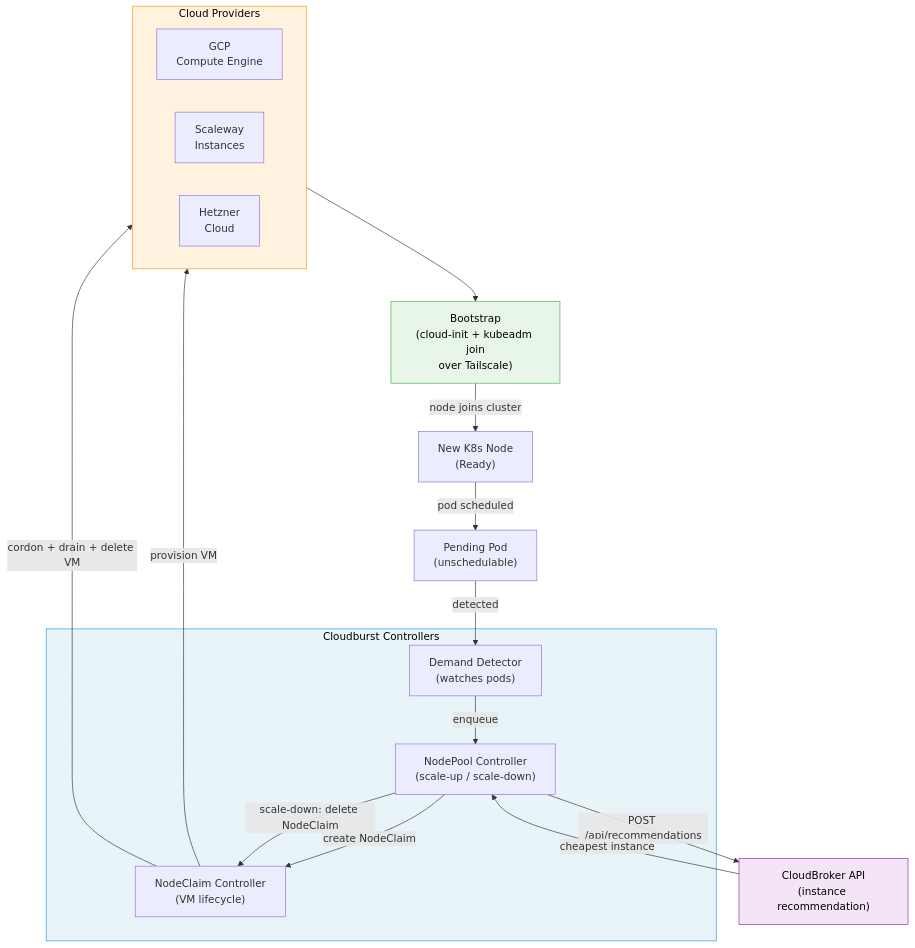
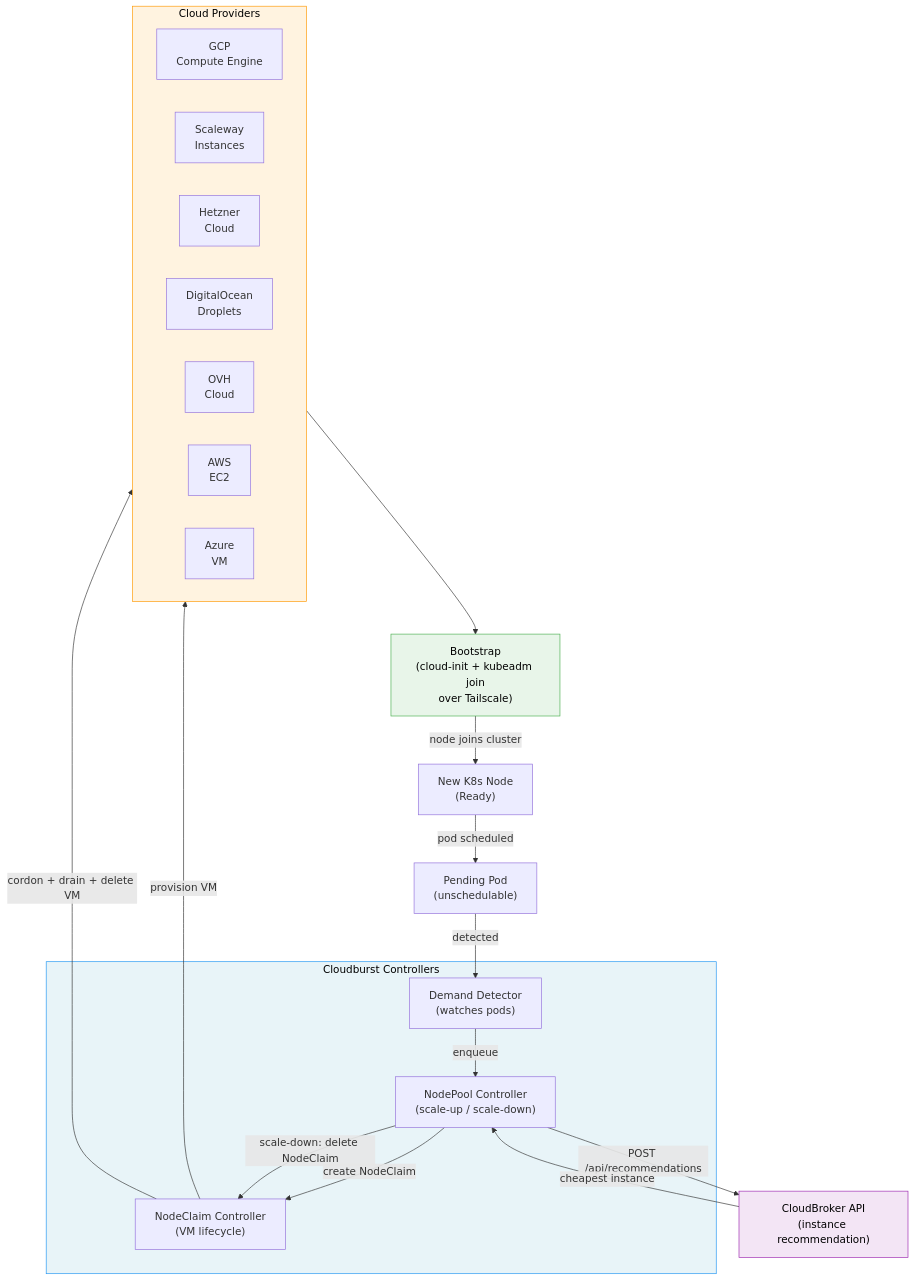
One commit to braghettos/cloudburst-autoscaler changed the diagram in README.md. Above: the diagram before and after it, drawn with Mermaid. The commit also changed other lines of this file and 45 other files, not shown here.

````diff
--- a/README.md
+++ b/README.md
@@ -13,39 +13,43 @@
 ```mermaid
 graph TB
     POD["Pending Pod<br/>(unschedulable)"]
 
     subgraph Controllers ["Cloudburst Controllers"]
         DD["Demand Detector<br/>(watches pods)"]
         NPC["NodePool Controller<br/>(scale-up / scale-down)"]
         NCC["NodeClaim Controller<br/>(VM lifecycle)"]
     end
 
     CB["CloudBroker API<br/>(instance recommendation)"]
 
     subgraph Providers ["Cloud Providers"]
         GCP["GCP<br/>Compute Engine"]
         SCW["Scaleway<br/>Instances"]
         HTZ["Hetzner<br/>Cloud"]
+        DO["DigitalOcean<br/>Droplets"]
+        OVH["OVH<br/>Cloud"]
+        AWS["AWS<br/>EC2"]
+        AZ["Azure<br/>VM"]
     end
 
     BS["Bootstrap<br/>(cloud-init + kubeadm join<br/>over Tailscale)"]
     NODE["New K8s Node<br/>(Ready)"]
 
     POD -->|"detected"| DD
     DD -->|"enqueue"| NPC
     NPC -->|"POST /api/recommendations"| CB
     CB -->|"cheapest instance"| NPC
     NPC -->|"create NodeClaim"| NCC
     NCC -->|"provision VM"| Providers
     Providers --> BS
     BS -->|"node joins cluster"| NODE
     NODE -->|"pod scheduled"| POD
 
     NPC -->|"scale-down: delete NodeClaim"| NCC
     NCC -->|"cordon + drain + delete VM"| Providers
 
     style Controllers fill:#e8f4f8,stroke:#2196F3,color:#000
     style Providers fill:#fff3e0,stroke:#FF9800,color:#000
     style CB fill:#f3e5f5,stroke:#9C27B0,color:#000
     style BS fill:#e8f5e9,stroke:#4CAF50,color:#000
 ```
````
